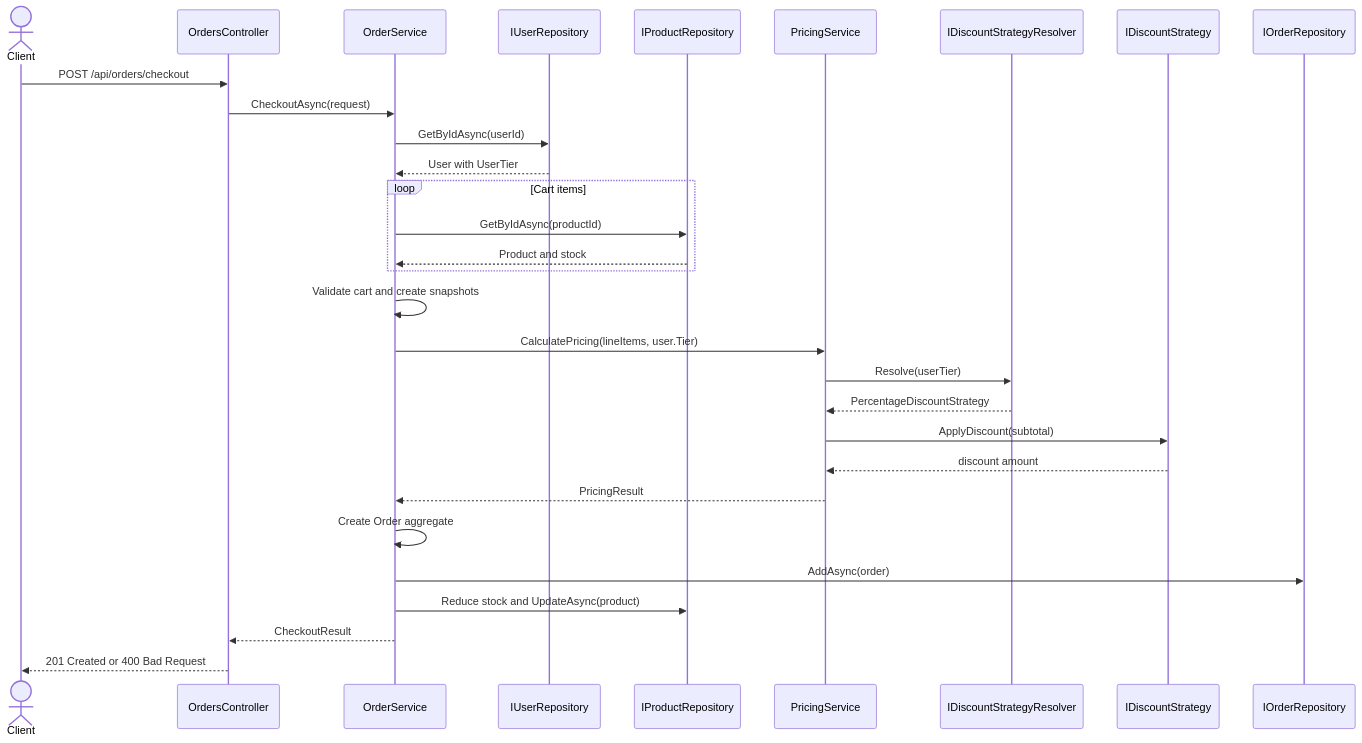
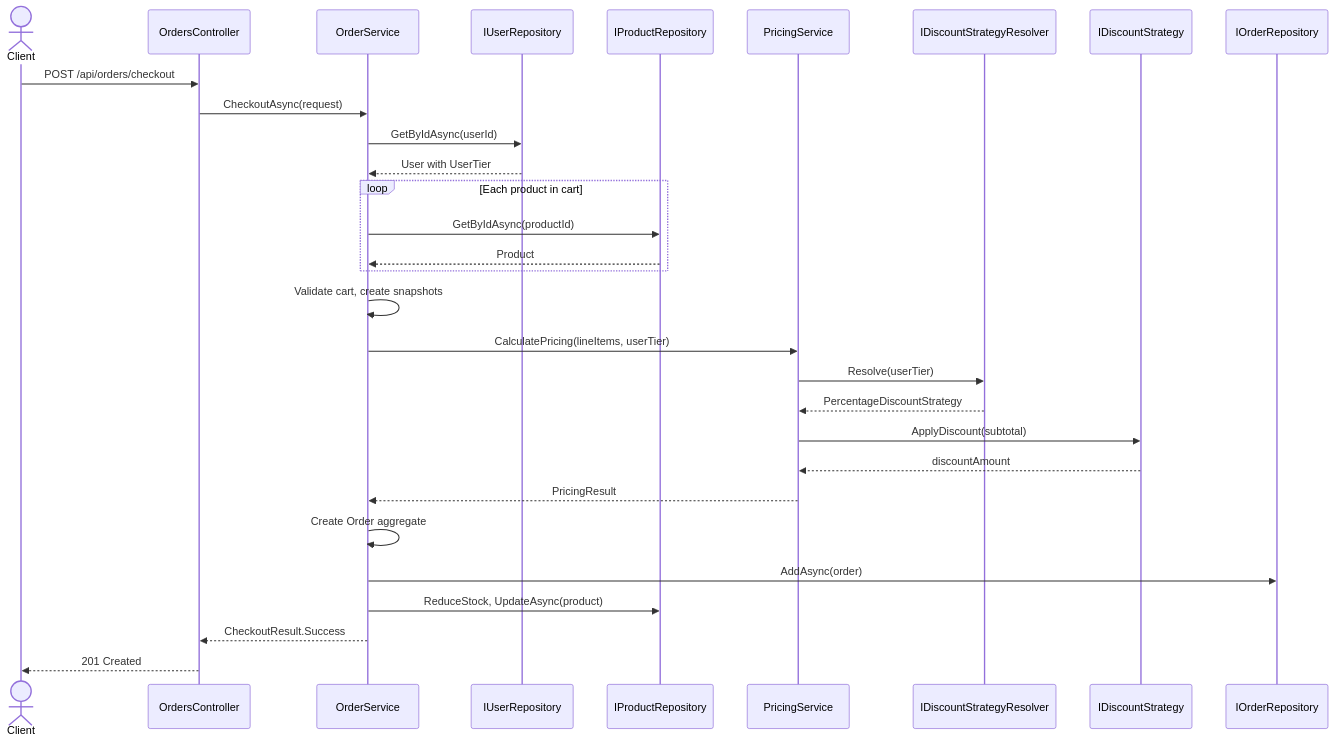
The fourth of 5 diagrams in OnionandDDD.md (getdipakkumar2008-coder/strategypatterndiscountuserorder), drawn with Mermaid before and after one commit. The commit also changed other lines of this file, not shown here.

Commit message:
Simplify and fix Mermaid diagrams for clarity and correctness.

````diff
--- a/OnionandDDD.md
+++ b/OnionandDDD.md
@@ -312,36 +264,36 @@
 ```mermaid
 sequenceDiagram
     actor Client
-    participant Controller as OrdersController
-    participant OrderService
-    participant Users as IUserRepository
-    participant Products as IProductRepository
-    participant Pricing as PricingService
-    participant Resolver as IDiscountStrategyResolver
-    participant Strategy as IDiscountStrategy
-    participant Orders as IOrderRepository
-
-    Client->>Controller: POST /api/orders/checkout
-    Controller->>OrderService: CheckoutAsync(request)
-    OrderService->>Users: GetByIdAsync(userId)
-    Users-->>OrderService: User with UserTier
-
-    loop Cart items
-        OrderService->>Products: GetByIdAsync(productId)
-        Products-->>OrderService: Product and stock
+    participant OrdCtrl as OrdersController
+    participant OrdSvc as OrderService
+    participant URep as IUserRepository
+    participant PRep as IProductRepository
+    participant PSvc as PricingService
+    participant Res as IDiscountStrategyResolver
+    participant Strat as IDiscountStrategy
+    participant ORep as IOrderRepository
+    
+    Client->>OrdCtrl: POST /api/orders/checkout
+    OrdCtrl->>OrdSvc: CheckoutAsync(request)
+    OrdSvc->>URep: GetByIdAsync(userId)
+    URep-->>OrdSvc: User with UserTier
+    
+    loop Each product in cart
+        OrdSvc->>PRep: GetByIdAsync(productId)
+        PRep-->>OrdSvc: Product
     end
-
-    OrderService->>OrderService: Validate cart and create snapshots
-    OrderService->>Pricing: CalculatePricing(lineItems, user.Tier)
-    Pricing->>Resolver: Resolve(userTier)
-    Resolver-->>Pricing: PercentageDiscountStrategy
-    Pricing->>Strategy: ApplyDiscount(subtotal)
-    Strategy-->>Pricing: discount amount
-    Pricing-->>OrderService: PricingResult
-
-    OrderService->>OrderService: Create Order aggregate
-    OrderService->>Orders: AddAsync(order)
-    OrderService->>Products: Reduce stock and UpdateAsync(product)
-    OrderService-->>Controller: CheckoutResult
-    Controller-->>Client: 201 Created or 400 Bad Request
+    
+    OrdSvc->>OrdSvc: Validate cart, create snapshots
+    OrdSvc->>PSvc: CalculatePricing(lineItems, userTier)
+    PSvc->>Res: Resolve(userTier)
+    Res-->>PSvc: PercentageDiscountStrategy
+    PSvc->>Strat: ApplyDiscount(subtotal)
+    Strat-->>PSvc: discountAmount
+    PSvc-->>OrdSvc: PricingResult
+    
+    OrdSvc->>OrdSvc: Create Order aggregate
+    OrdSvc->>ORep: AddAsync(order)
+    OrdSvc->>PRep: ReduceStock, UpdateAsync(product)
+    OrdSvc-->>OrdCtrl: CheckoutResult.Success
+    OrdCtrl-->>Client: 201 Created
 ```
````
